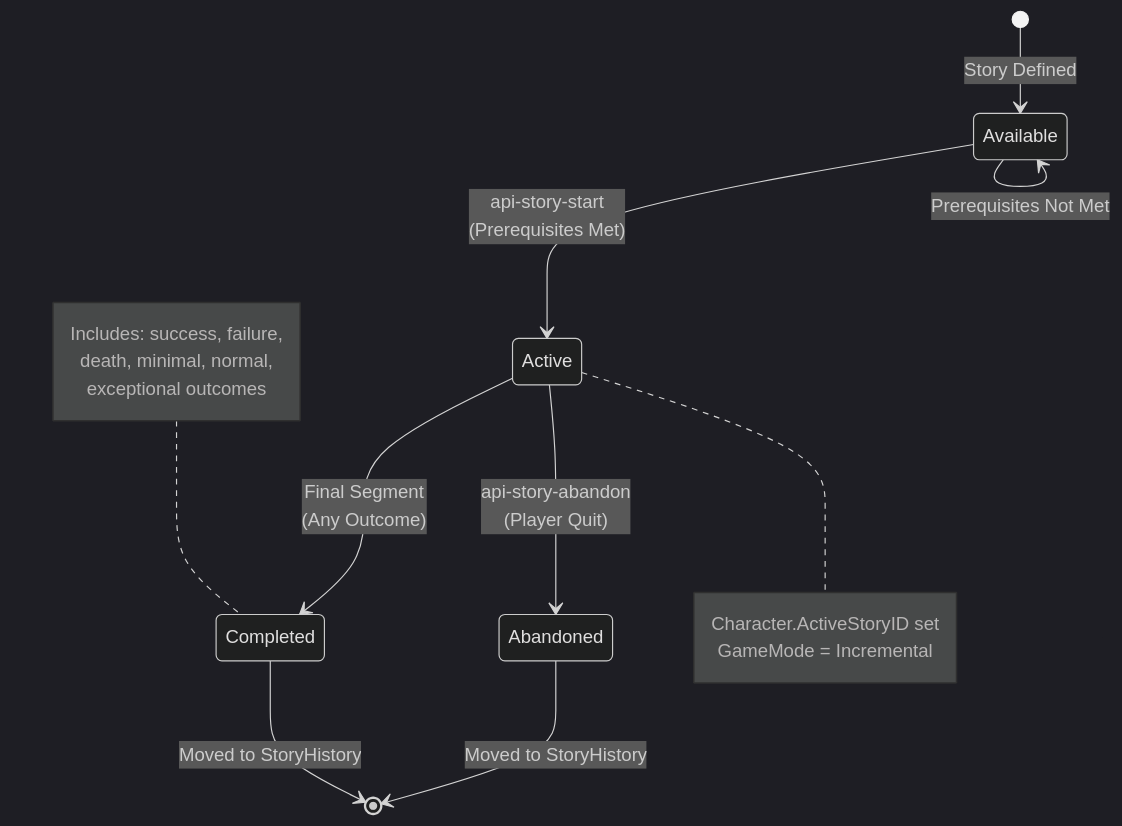
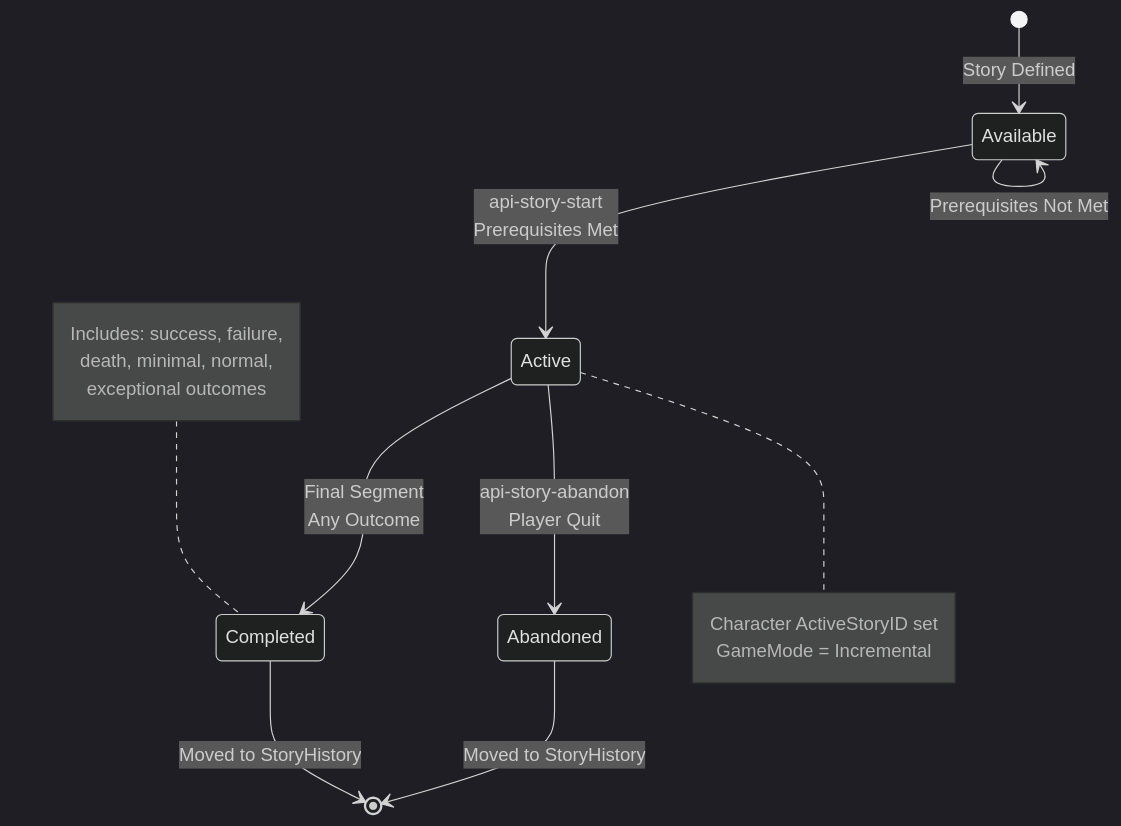
One commit to darkrelics/eidolon-engine changed the sixth of 14 diagrams in documentation/incremental-architecture-diagrams.md. Above: the diagram before and after it, drawn with Mermaid (dark theme). The commit also changed other lines of this file, not shown here.

````diff
--- a/documentation/incremental-architecture-diagrams.md
+++ b/documentation/incremental-architecture-diagrams.md
@@ -239,24 +251,24 @@
 ```mermaid
 stateDiagram-v2
     [*] --> Available: Story Defined
 
-    Available --> Active: api-story-start<br/>(Prerequisites Met)
+    Available --> Active: api-story-start<br/>Prerequisites Met
     Available --> Available: Prerequisites Not Met
 
-    Active --> Completed: Final Segment<br/>(Any Outcome)
-    Active --> Abandoned: api-story-abandon<br/>(Player Quit)
+    Active --> Completed: Final Segment<br/>Any Outcome
+    Active --> Abandoned: api-story-abandon<br/>Player Quit
 
     Completed --> [*]: Moved to StoryHistory
     Abandoned --> [*]: Moved to StoryHistory
 
     note right of Active
-        Character.ActiveStoryID set
+        Character ActiveStoryID set
         GameMode = Incremental
     end note
 
     note left of Completed
         Includes: success, failure,
         death, minimal, normal,
         exceptional outcomes
     end note
 ```
````
